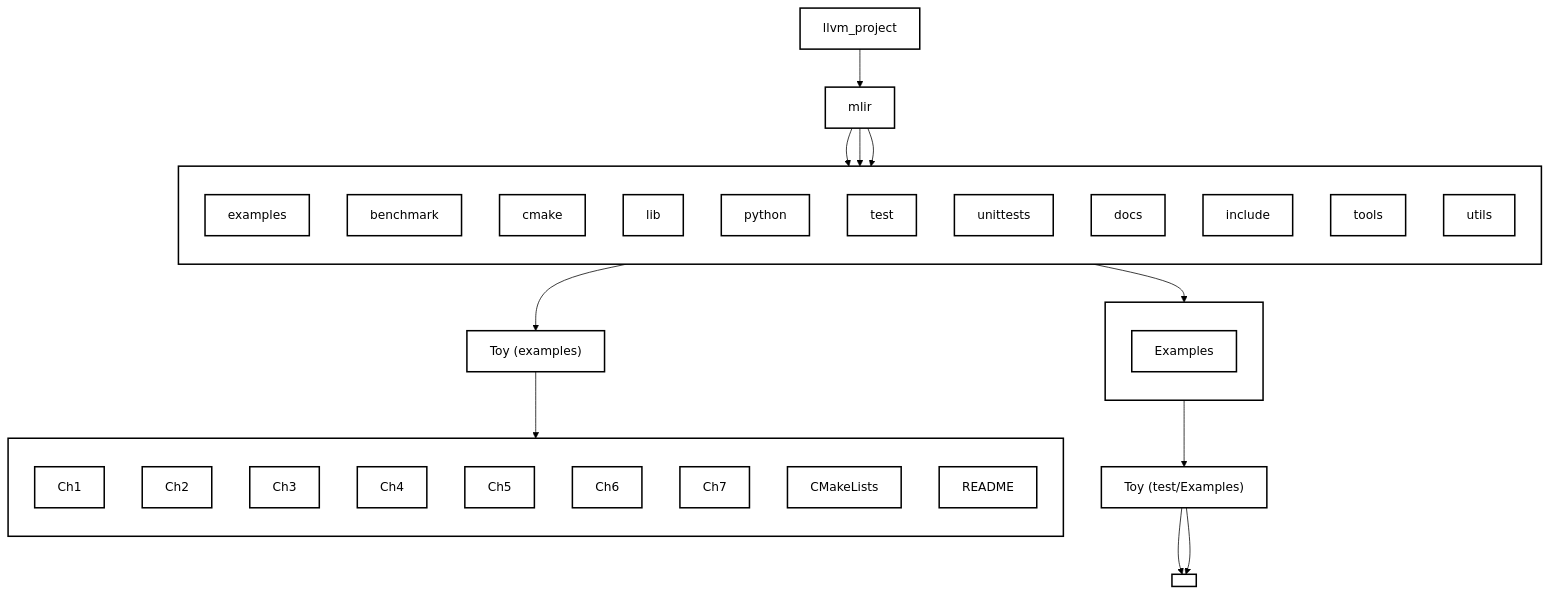
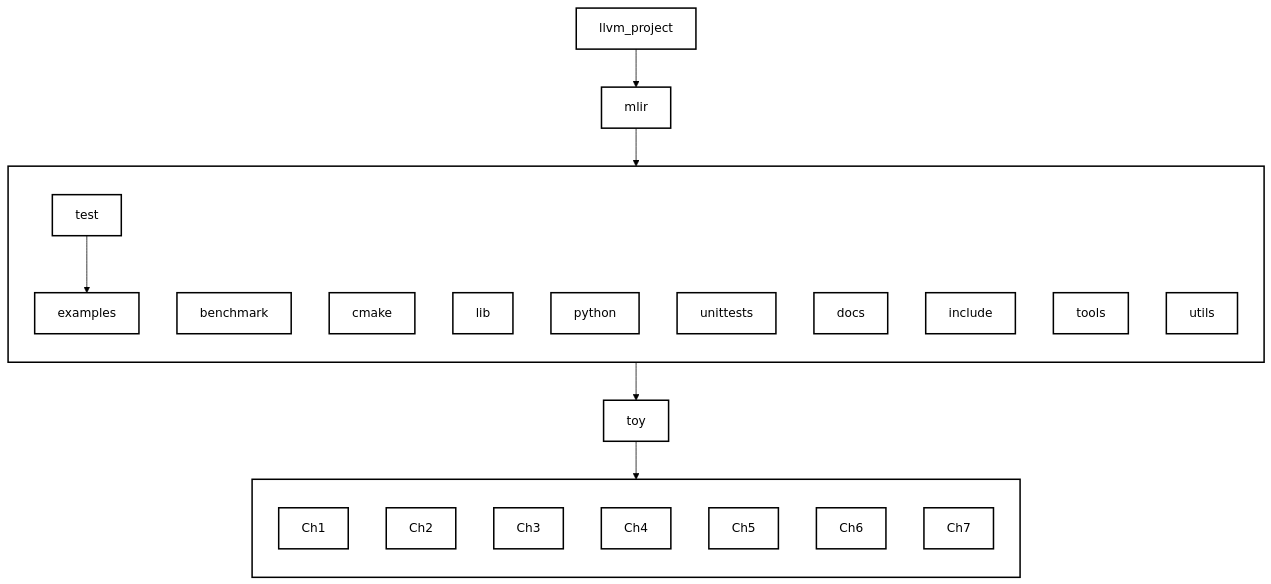
The third of 3 diagrams in Introduction.md (Ameya674/mlir_for_beginners), drawn with Mermaid (forest theme) before and after one commit.

````diff
--- a/Introduction.md
+++ b/Introduction.md
@@ -143,73 +143,47 @@
 ```mermaid
 graph TD
   llvm_project["llvm_project"]
   mlir["mlir"]
   examples["examples"]
-  toy_examples["Toy (examples)"]
-  toy_test["Toy (test/Examples)"]
+  toy["toy"]
+  test["test"]
 
   llvm_project --> mlir
-  mlir --> examples
 
   subgraph mlir_box[ ]
     direction TB
     benchmark
     cmake
     examples
     lib
     python
     test
     unittests
     docs
     include
     tools
     utils
   end
 
   mlir --> mlir_box
 
-  subgraph toy_examples_box[ ]
-    direction TB
-    Ch1
-    Ch2
-    Ch3
-    Ch4
-    Ch5
-    Ch6
-    Ch7
-    CMakeLists
-    README
-  end
+  test --> examples
+  examples --> toy
 
-  examples --> toy_examples
-  toy_examples --> toy_examples_box
-
-  subgraph test_box[ ]
-    direction TB
-    Examples
-  end
-
-  mlir --> test
-  test --> test_box
-  test_box --> toy_test
-  toy_test --> toy_test_box
-
-  subgraph toy_test_box[ ]
+  subgraph toy_box[ ]
     direction TB
     Ch1
     Ch2
     Ch3
     Ch4
     Ch5
     Ch6
     Ch7
   end
 
-  toy_test --> toy_test_box
+  toy --> toy_box
 
   classDef default fill:#fff,stroke:#000,stroke-width:2px;
   class mlir_box default;
-  class toy_examples_box default;
-  class toy_test_box default;
-  class test_box default;
+  class toy_box default;
 ```
````
